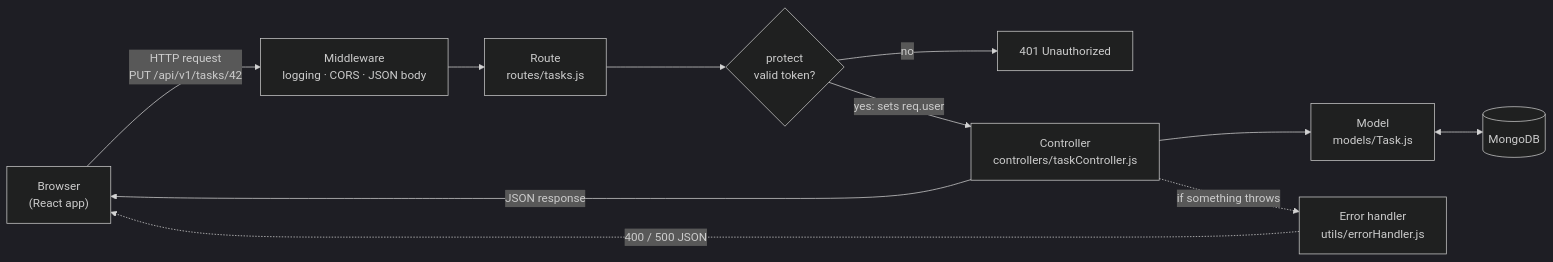
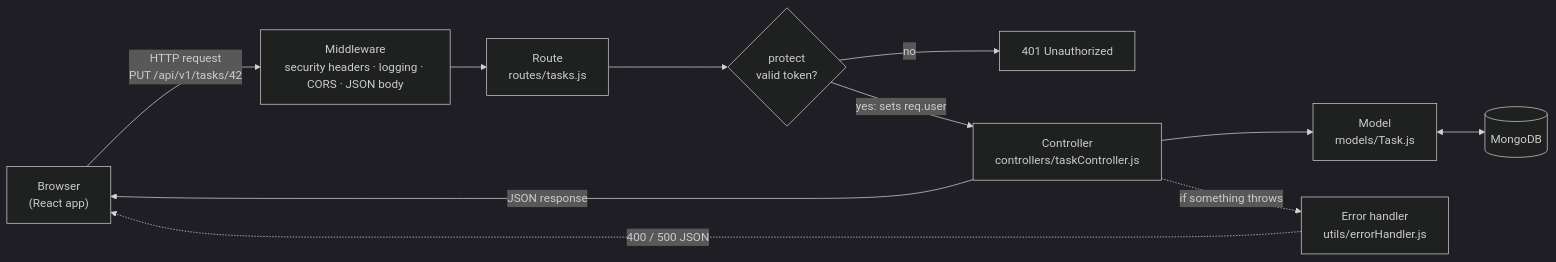
One commit to KEX-03/taskflow changed the diagram in docs/ARCHITECTURE.md. Above: the diagram before and after it, drawn with Mermaid (dark theme). The commit also changed other lines of this file and 3 other files, not shown here.

````diff
--- a/docs/ARCHITECTURE.md
+++ b/docs/ARCHITECTURE.md
@@ -21,13 +21,13 @@
 ```mermaid
 flowchart LR
-    B["Browser<br/>(React app)"] -->|"HTTP request<br/>PUT /api/v1/tasks/42"| M["Middleware<br/>logging · CORS · JSON body"]
+    B["Browser<br/>(React app)"] -->|"HTTP request<br/>PUT /api/v1/tasks/42"| M["Middleware<br/>security headers · logging · CORS · JSON body"]
     M --> R["Route<br/>routes/tasks.js"]
     R --> P{"protect<br/>valid token?"}
     P -->|no| E401["401 Unauthorized"]
     P -->|"yes: sets req.user"| C["Controller<br/>controllers/taskController.js"]
     C --> Mo["Model<br/>models/Task.js"]
     Mo <--> DB[("MongoDB")]
     C -->|"JSON response"| B
     C -.->|"if something throws"| EH["Error handler<br/>utils/errorHandler.js"]
     EH -.->|"400 / 500 JSON"| B
 ```
````
